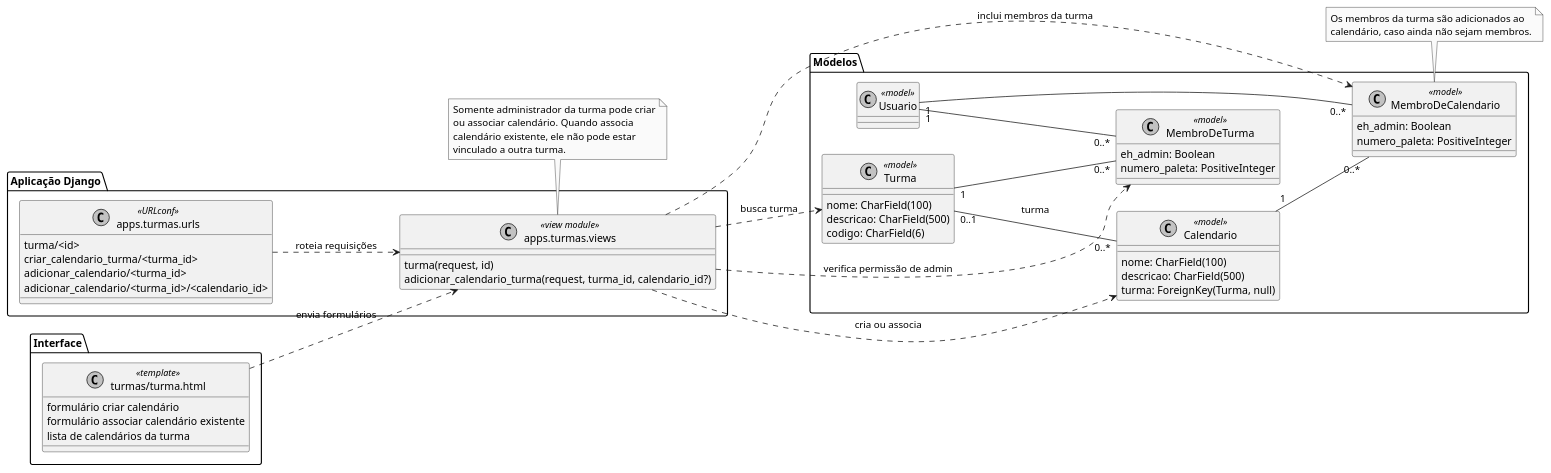
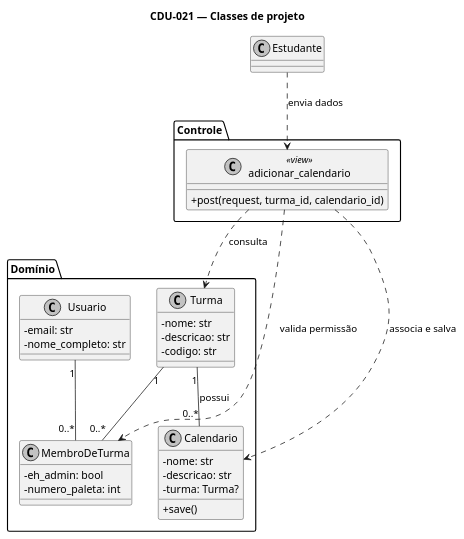
The diagram in 2026-CAP-main/doc/cdu/021/cdu_021_class.puml (jg-016/cap), drawn with PlantUML before and after one commit. The commit also changed 17 other files, not shown here.

```diff
--- a/2026-CAP-main/doc/cdu/021/cdu_021_class.puml
+++ b/2026-CAP-main/doc/cdu/021/cdu_021_class.puml
@@ -1,79 +1,50 @@
 @startuml CDU_021_Adicionar_Calendario_a_Turma
-left to right direction
+top to bottom direction
 skinparam monochrome true
 skinparam shadowing false
 skinparam classAttributeIconSize 0
+title CDU-021 — Classes de projeto
 
-package "Interface" {
-  class "turmas/turma.html" as TurmaTemplate <<template>> {
-    formulário criar calendário
-    formulário associar calendário existente
-    lista de calendários da turma
+class Estudante
+
+package "Controle" {
+  class adicionar_calendario <<view>> {
+    +post(request, turma_id, calendario_id)
   }
 }
 
-package "Aplicação Django" {
-  class "apps.turmas.views" as TurmaViews <<view module>> {
-    turma(request, id)
-    adicionar_calendario_turma(request, turma_id, calendario_id?)
+package "Domínio" {
+  class Usuario {
+    -email: str
+    -nome_completo: str
   }
 
-  class "apps.turmas.urls" as TurmaUrls <<URLconf>> {
-    turma/<id>
-    criar_calendario_turma/<turma_id>
-    adicionar_calendario/<turma_id>
-    adicionar_calendario/<turma_id>/<calendario_id>
+  class Turma {
+    -nome: str
+    -descricao: str
+    -codigo: str
+  }
+
+  class MembroDeTurma {
+    -eh_admin: bool
+    -numero_paleta: int
+  }
+
+  class Calendario {
+    -nome: str
+    -descricao: str
+    -turma: Turma?
+    +save()
   }
 }
 
-package "Modelos" {
-  class Usuario <<model>>
-
-  class Turma <<model>> {
-    nome: CharField(100)
-    descricao: CharField(500)
-    codigo: CharField(6)
-  }
-
-  class MembroDeTurma <<model>> {
-    eh_admin: Boolean
-    numero_paleta: PositiveInteger
-  }
-
-  class Calendario <<model>> {
-    nome: CharField(100)
-    descricao: CharField(500)
-    turma: ForeignKey(Turma, null)
-  }
-
-  class MembroDeCalendario <<model>> {
-    eh_admin: Boolean
-    numero_paleta: PositiveInteger
-  }
-}
-
-TurmaTemplate ..> TurmaViews : envia formulários
-TurmaViews ..> Turma : busca turma
-TurmaViews ..> MembroDeTurma : verifica permissão de admin
-TurmaViews ..> Calendario : cria ou associa
-TurmaViews ..> MembroDeCalendario : inclui membros da turma
-TurmaUrls ..> TurmaViews : roteia requisições
+Estudante ..> adicionar_calendario : envia dados
+adicionar_calendario ..> Turma : consulta
+adicionar_calendario ..> MembroDeTurma : valida permissão
+adicionar_calendario ..> Calendario : associa e salva
 
 Usuario "1" -- "0..*" MembroDeTurma
 Turma "1" -- "0..*" MembroDeTurma
-Turma "0..1" -- "0..*" Calendario : turma
-Usuario "1" -- "0..*" MembroDeCalendario
-Calendario "1" -- "0..*" MembroDeCalendario
+Turma "1" -- "0..*" Calendario : possui
 
-note bottom of TurmaViews
-  Somente administrador da turma pode criar
-  ou associar calendário. Quando associa
-  calendário existente, ele não pode estar
-  vinculado a outra turma.
-end note
-
-note bottom of MembroDeCalendario
-  Os membros da turma são adicionados ao
-  calendário, caso ainda não sejam membros.
-end note
 @enduml
```
